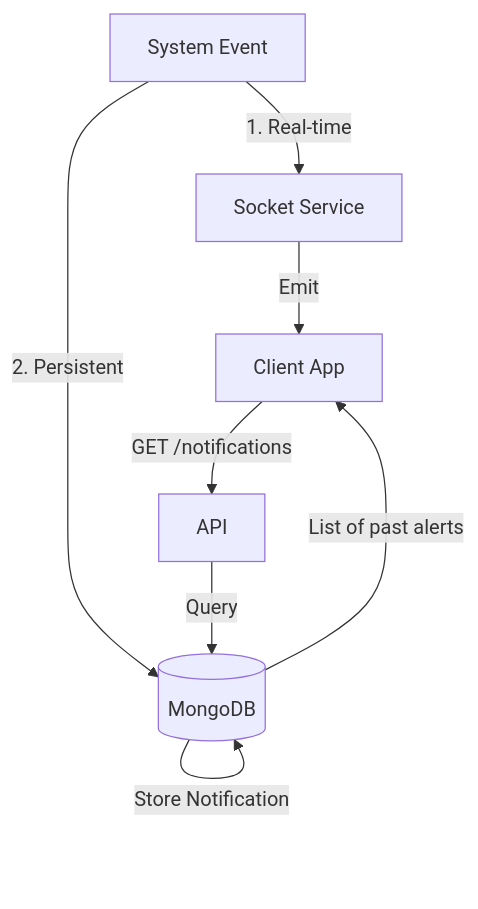
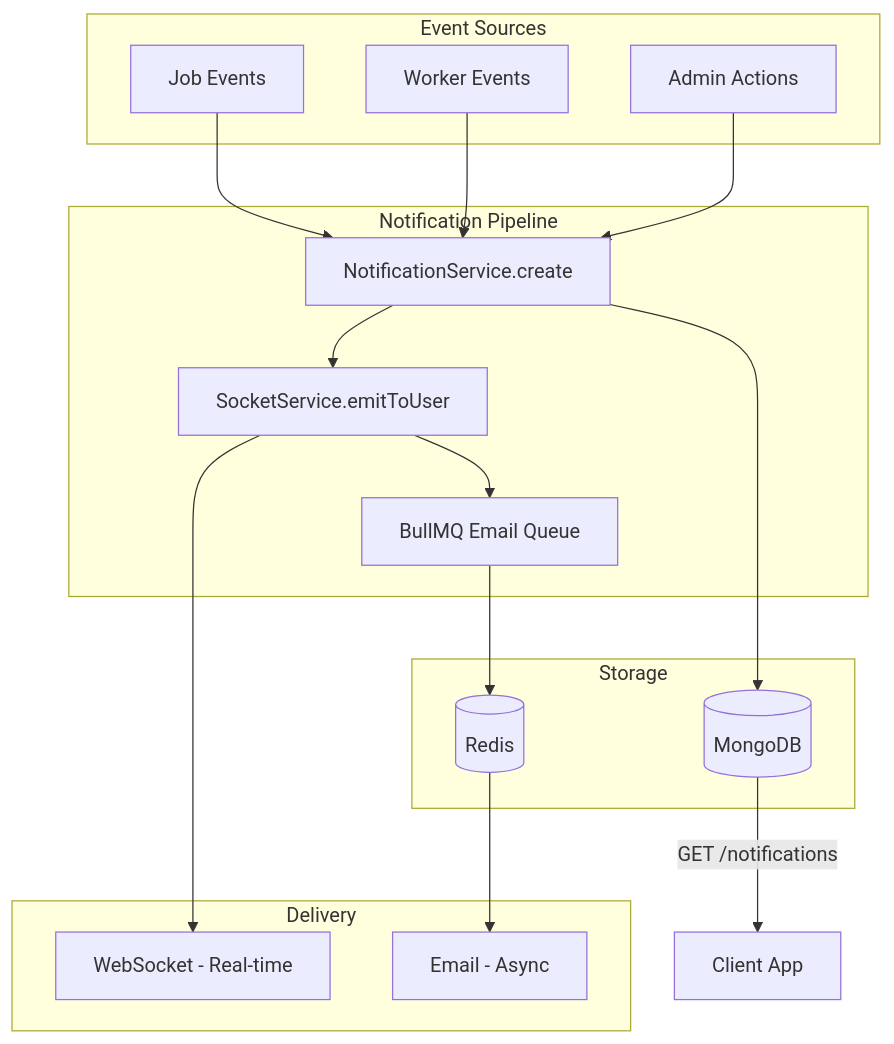
One commit to Somilg11/oddigo-v2 changed the ninth of 15 diagrams in docs_detailed_flows/DATA_FLOW_DIAGRAMS.md. Above: the diagram before and after it, drawn with Mermaid. The commit also changed other lines of this file and 67 other files, not shown here.

````diff
--- a/docs_detailed_flows/DATA_FLOW_DIAGRAMS.md
+++ b/docs_detailed_flows/DATA_FLOW_DIAGRAMS.md
@@ -122,17 +352,39 @@
 ```mermaid
 graph TD
-    Event[System Event]
-    Socket[Socket Service]
-    DB[(MongoDB)]
-    Client[Client App]
+    subgraph "Event Sources"
+        JE[Job Events]
+        WE[Worker Events]
+        AE[Admin Actions]
+    end
 
-    Event -->|1. Real-time| Socket
-    Socket -->|Emit| Client
-    
-    Event -->|2. Persistent| DB
-    DB -->|Store Notification| DB
-    
-    Client -->|GET /notifications| API
-    API -->|Query| DB
-    DB -- "List of past alerts" --> Client
+    subgraph "Notification Pipeline"
+        NS[NotificationService.create]
+        SS[SocketService.emitToUser]
+        BQ[BullMQ Email Queue]
+    end
+
+    subgraph "Storage"
+        MongoDB[(MongoDB)]
+        Redis[(Redis)]
+    end
+
+    subgraph "Delivery"
+        WS[WebSocket - Real-time]
+        EMAIL[Email - Async]
+    end
+
+    JE --> NS
+    WE --> NS
+    AE --> NS
+
+    NS --> MongoDB
+    NS --> SS
+
+    SS --> WS
+    SS --> BQ
+
+    BQ --> Redis
+    Redis --> EMAIL
+
+    MongoDB -->|GET /notifications| Client[Client App]
 ```
````
